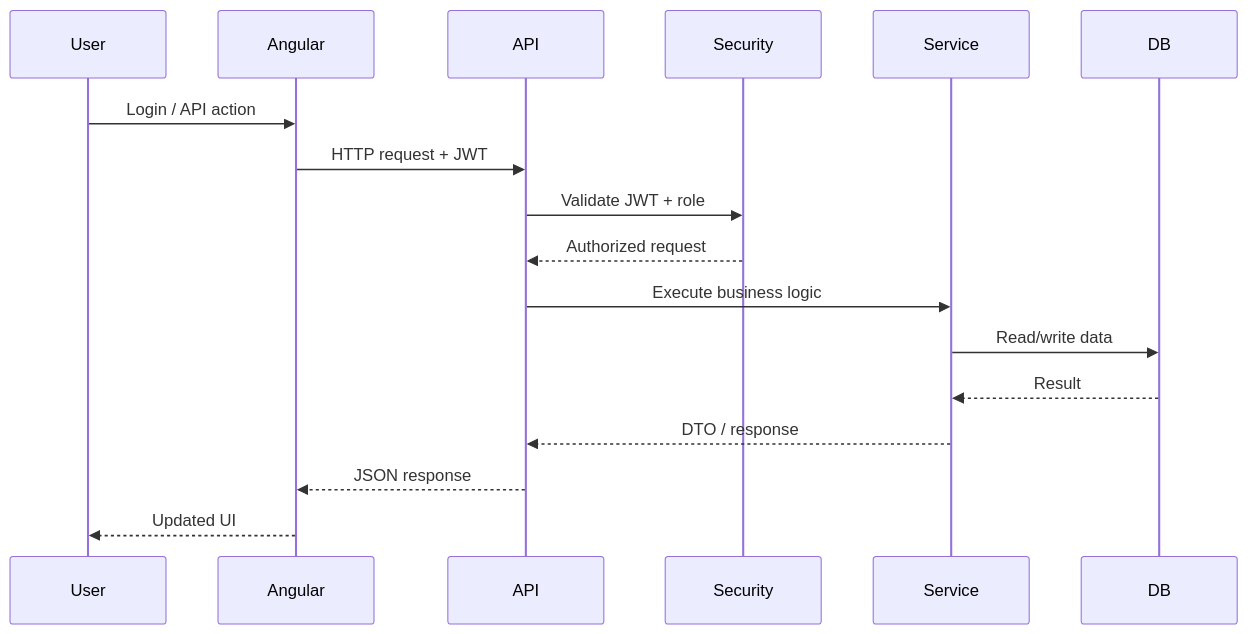
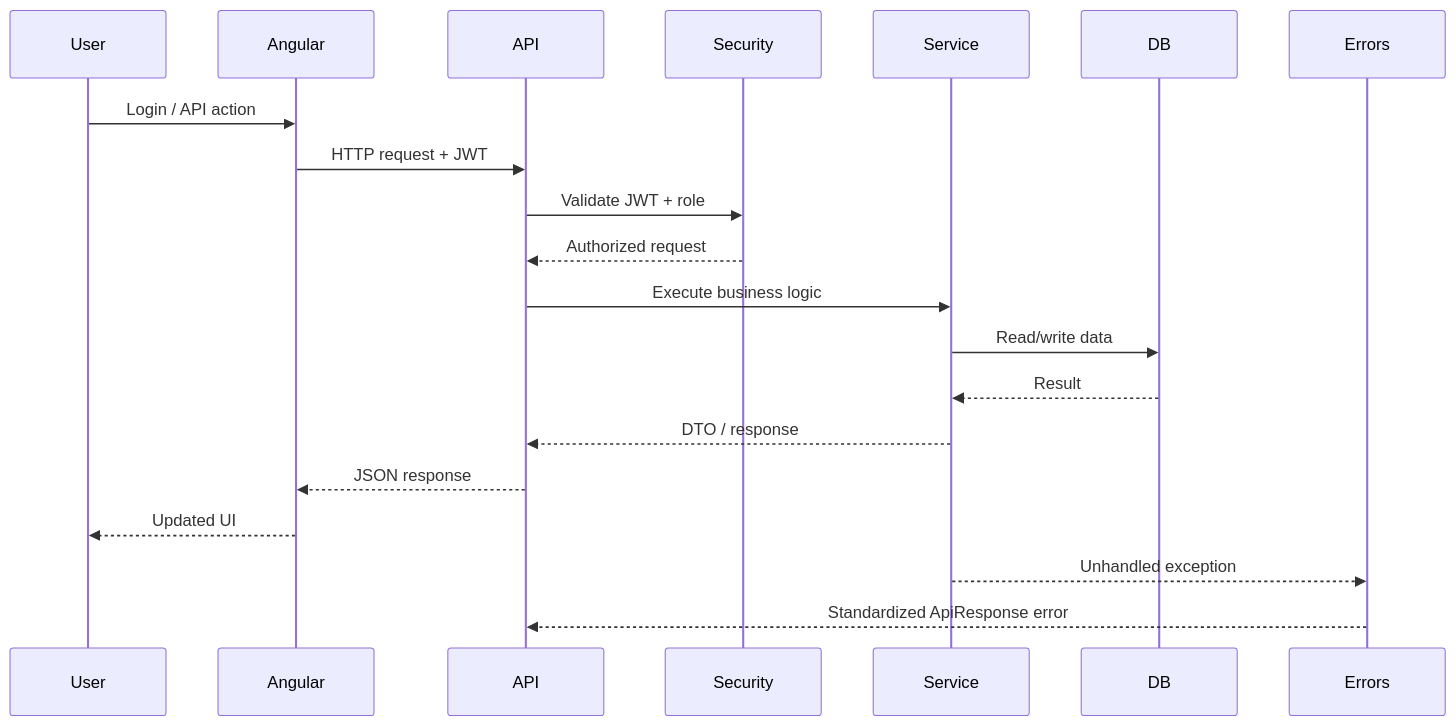
The second of 6 diagrams in ARCHITECTURE.md (deadlyrps2802/PayCore), drawn with Mermaid before and after one commit. The commit also changed other lines of this file, not shown here.

Commit message:
docs: update architecture for API docs and exception handling

````diff
--- a/ARCHITECTURE.md
+++ b/ARCHITECTURE.md
@@ -20,20 +22,23 @@
 ```mermaid
 sequenceDiagram
     participant User
     participant Angular
     participant API
     participant Security
     participant Service
     participant DB
+    participant Errors
 
     User->>Angular: Login / API action
     Angular->>API: HTTP request + JWT
     API->>Security: Validate JWT + role
     Security-->>API: Authorized request
     API->>Service: Execute business logic
     Service->>DB: Read/write data
     DB-->>Service: Result
     Service-->>API: DTO / response
     API-->>Angular: JSON response
     Angular-->>User: Updated UI
+    Service-->>Errors: Unhandled exception
+    Errors-->>API: Standardized ApiResponse error
 ```
````
